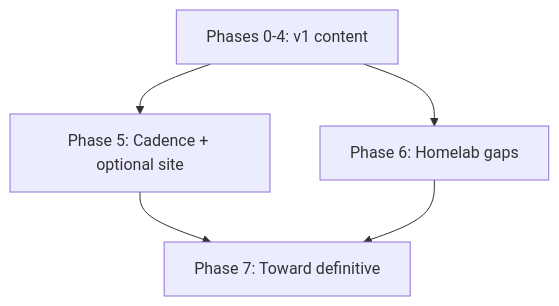
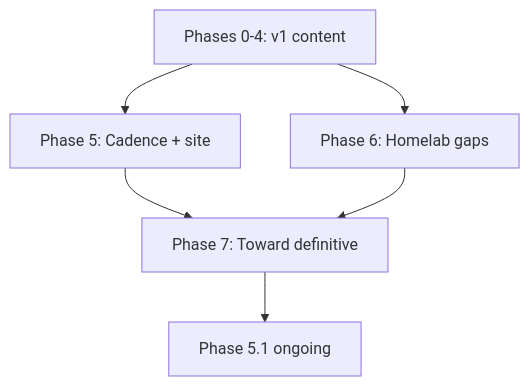
The diagram in EXPAND-PLAN.md (zemdregon/nix-docs), drawn with Mermaid before and after one commit. The commit also changed other lines of this file and 45 other files, not shown here.

````diff
--- a/EXPAND-PLAN.md
+++ b/EXPAND-PLAN.md
@@ -26,11 +26,13 @@
 ```mermaid
 flowchart TD
   P0[Phases 0-4: v1 content]
-  P5[Phase 5: Cadence + optional site]
+  P5[Phase 5: Cadence + site]
   P6[Phase 6: Homelab gaps]
   P7[Phase 7: Toward definitive]
+  Cadence[Phase 5.1 ongoing]
   P0 --> P5
   P0 --> P6
   P5 --> P7
   P6 --> P7
+  P7 --> Cadence
 ```
````
